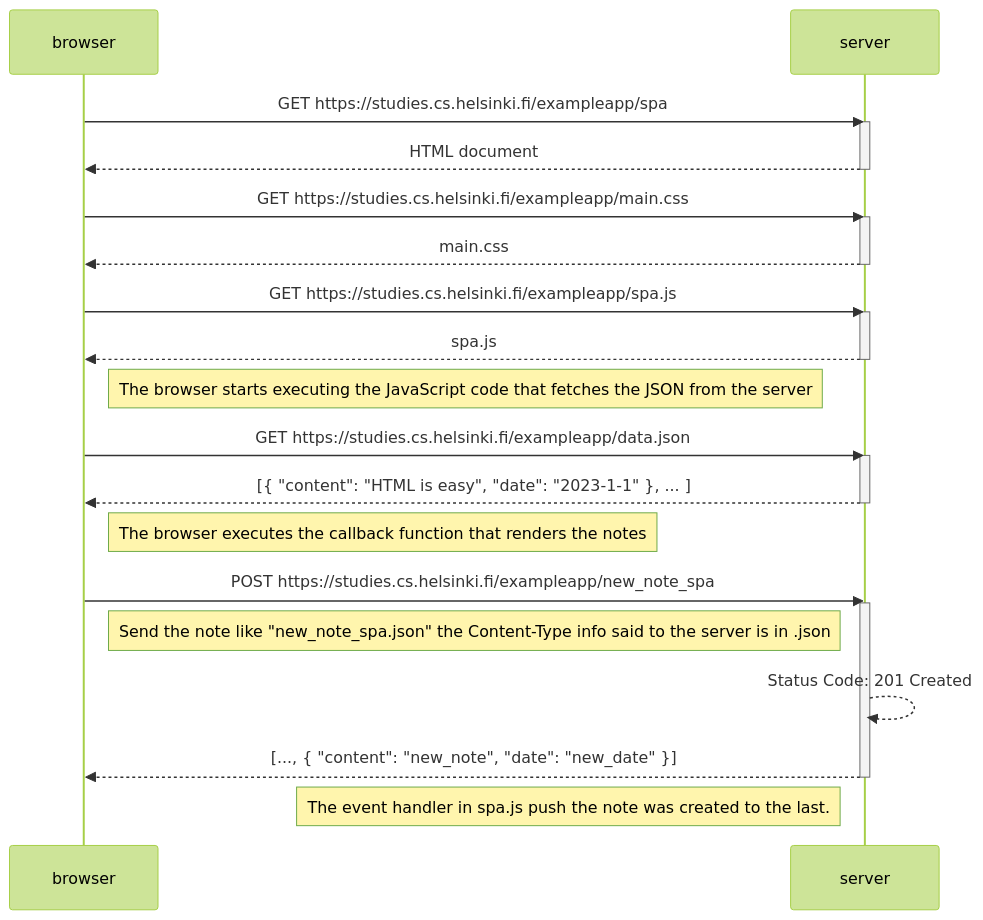
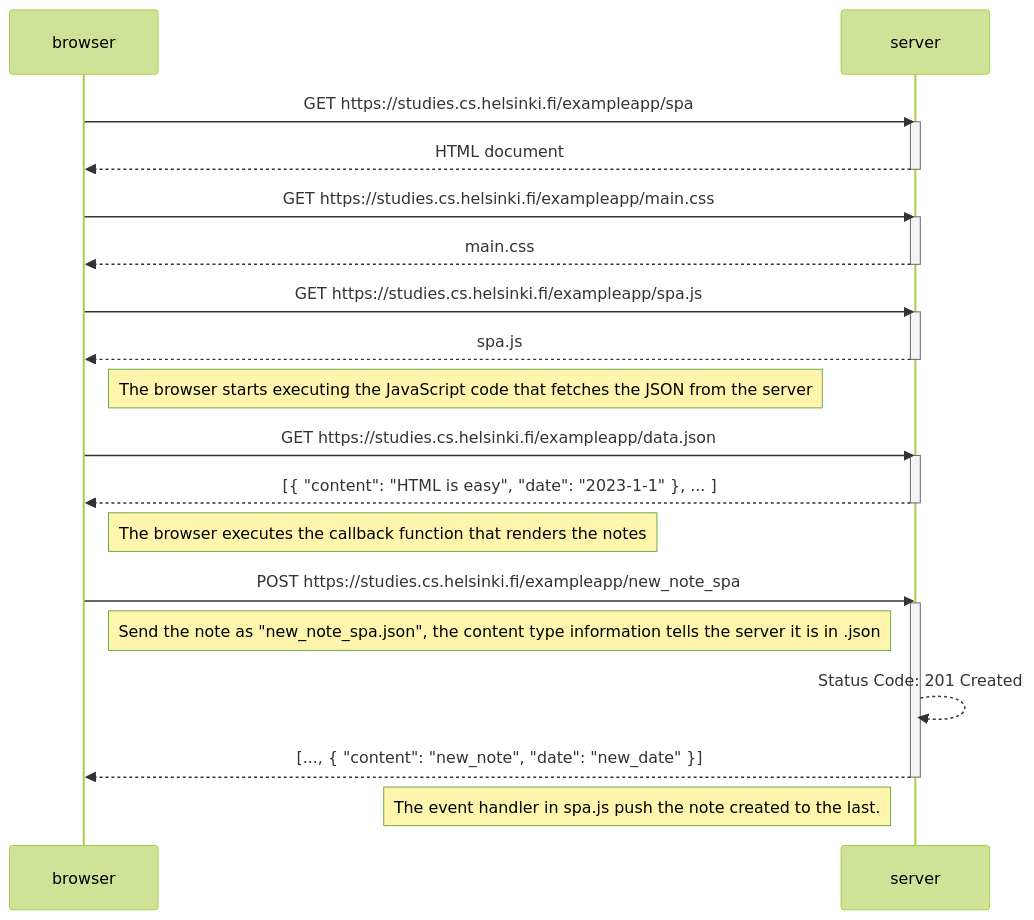
One commit to Impah/FullStackOpen-Impah changed the diagram in part0/0.6.md. Above: the diagram before and after it, drawn with Mermaid (forest theme).

Commit message:
Fixing errors

````diff
--- a/part0/0.6.md
+++ b/part0/0.6.md
@@ -1,38 +1,38 @@
 ```mermaid
 sequenceDiagram
     participant browser
     participant server
 
     browser->>server: GET https://studies.cs.helsinki.fi/exampleapp/spa
     activate server
     server-->>browser: HTML document
     deactivate server
 
     browser->>server: GET https://studies.cs.helsinki.fi/exampleapp/main.css
     activate server
     server-->>browser: main.css
     deactivate server
 
     browser->>server: GET https://studies.cs.helsinki.fi/exampleapp/spa.js
     activate server
     server-->>browser: spa.js
     deactivate server
 
     Note right of browser: The browser starts executing the JavaScript code that fetches the JSON from the server
 
     browser->>server: GET https://studies.cs.helsinki.fi/exampleapp/data.json
     activate server
     server-->>browser: [{ "content": "HTML is easy", "date": "2023-1-1" }, ... ]
     deactivate server
 
     Note right of browser: The browser executes the callback function that renders the notes
 
     browser->>server: POST https://studies.cs.helsinki.fi/exampleapp/new_note_spa
     activate server
-    Note left of server: Send the note like "new_note_spa.json" the Content-Type info said to the server is in .json
+    Note left of server: Send the note as "new_note_spa.json", the content type information tells the server it is in .json
     server-->>server: Status Code: 201 Created
     server-->>browser: [..., { "content": "new_note", "date": "new_date" }]
     deactivate server
-    Note left of server: The event handler in spa.js push the note was created to the last.
+    Note left of server: The event handler in spa.js push the note created to the last.
     
 ```
````
